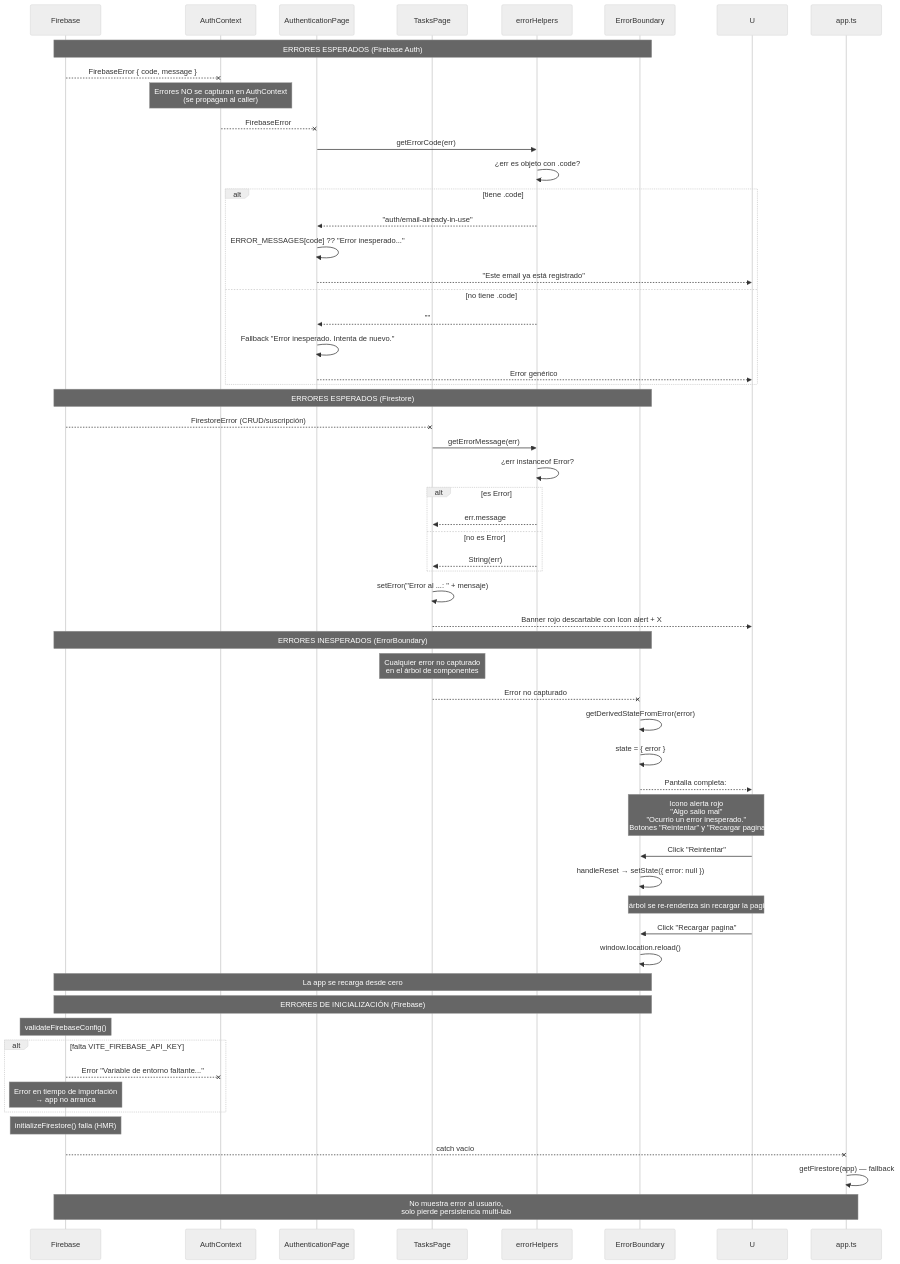
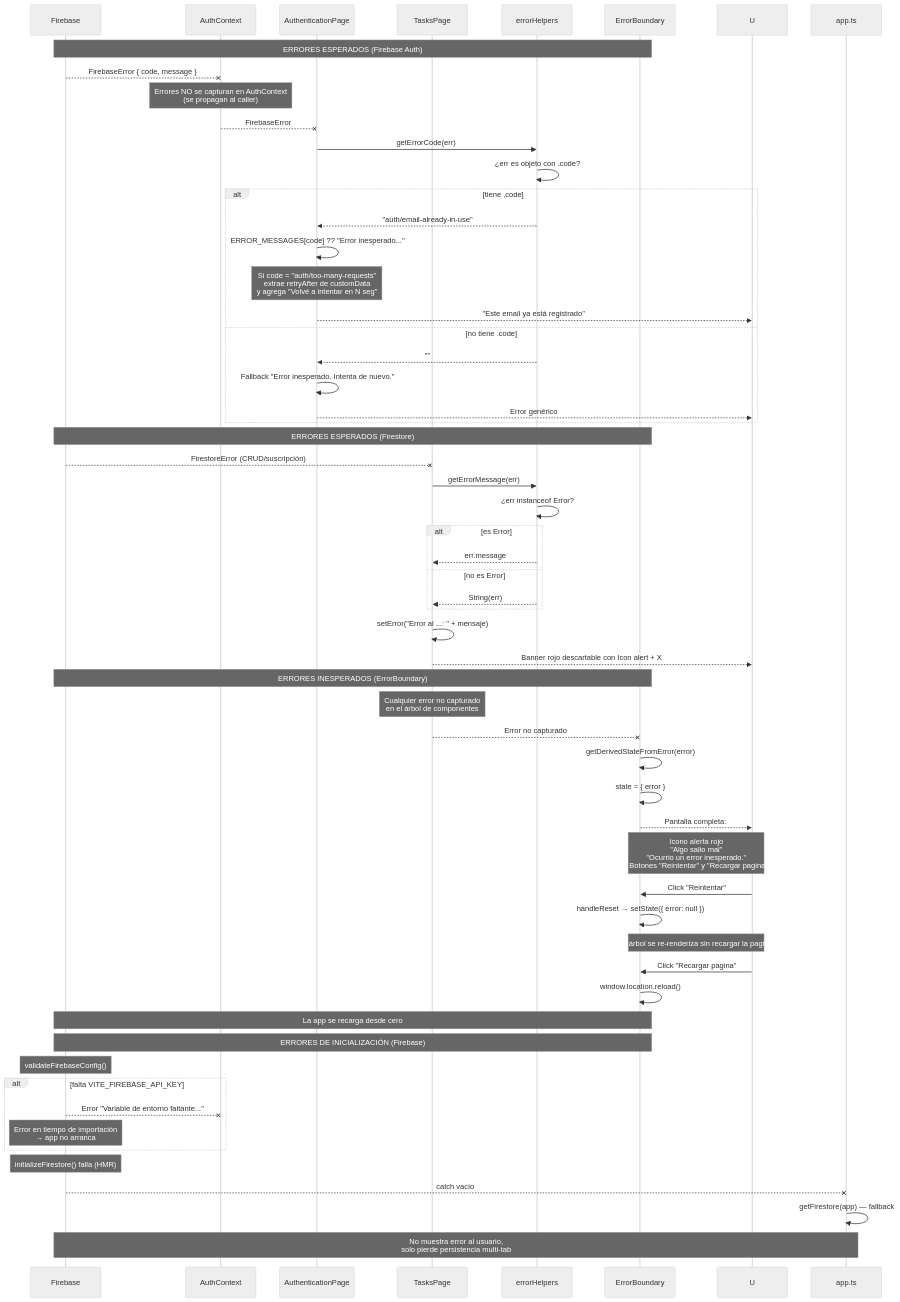
Before and after one commit to AlejoBI/task-manager: the fourth of 4 diagrams in docs/arquitectura.md, drawn with Mermaid (neutral theme). The commit also changed other lines of this file and 1 other file, not shown here.

Commit message:
Complete diagram sync: overdue feature + rate-limit in all diagrams

````diff
--- a/docs/arquitectura.md
+++ b/docs/arquitectura.md
@@ -260,67 +263,68 @@
 ```mermaid
 sequenceDiagram
   participant FA as Firebase
   participant AC as AuthContext
   participant AP as AuthenticationPage
   participant TP as TasksPage
   participant FH as errorHelpers
   participant EB as ErrorBoundary
 
   Note over FA,EB: ERRORES ESPERADOS (Firebase Auth)
 
   FA--xAC: FirebaseError { code, message }
   Note over AC: Errores NO se capturan en AuthContext<br/>(se propagan al caller)
   AC--xAP: FirebaseError
   AP->>FH: getErrorCode(err)
   FH->>FH: ¿err es objeto con .code?
   alt tiene .code
     FH-->>AP: "auth/email-already-in-use"
-    AP->>AP: ERROR_MESSAGES[code] ?? "Error inesperado..."
-    AP-->>U: "Este email ya está registrado"
+  AP->>AP: ERROR_MESSAGES[code] ?? "Error inesperado..."
+  Note over AP: Si code = "auth/too-many-requests"<br/>extrae retryAfter de customData<br/>y agrega "Volvé a intentar en N seg"
+  AP-->>U: "Este email ya está registrado"
   else no tiene .code
     FH-->>AP: ""
     AP->>AP: Fallback "Error inesperado. Intenta de nuevo."
     AP-->>U: Error genérico
   end
 
   Note over FA,EB: ERRORES ESPERADOS (Firestore)
 
   FA--xTP: FirestoreError (CRUD/suscripción)
   TP->>FH: getErrorMessage(err)
   FH->>FH: ¿err instanceof Error?
   alt es Error
     FH-->>TP: err.message
   else no es Error
     FH-->>TP: String(err)
   end
   TP->>TP: setError("Error al ...: " + mensaje)
   TP-->>U: Banner rojo descartable con Icon alert + X
 
   Note over FA,EB: ERRORES INESPERADOS (ErrorBoundary)
 
   Note over TP: Cualquier error no capturado<br/>en el árbol de componentes
   TP--xEB: Error no capturado
   EB->>EB: getDerivedStateFromError(error)
   EB->>EB: state = { error }
   EB-->>U: Pantalla completa:
   Note over EB,U: Icono alerta rojo<br/>"Algo salio mal"<br/>"Ocurrio un error inesperado."<br/>- Botones "Reintentar" y "Recargar pagina"
   U->>EB: Click "Reintentar"
   EB->>EB: handleReset → setState({ error: null })
   Note over EB,U: El árbol se re-renderiza sin recargar la pagina
   U->>EB: Click "Recargar pagina"
   EB->>EB: window.location.reload()
   Note over FA,EB: La app se recarga desde cero
 
   Note over FA,EB: ERRORES DE INICIALIZACIÓN (Firebase)
 
   Note over FA: validateFirebaseConfig()
   alt falta VITE_FIREBASE_API_KEY
     FA--xAC: Error "Variable de entorno faltante..."
     Note over FA: Error en tiempo de importación<br/>→ app no arranca
   end
 
   Note over FA: initializeFirestore() falla (HMR)
   FA--xapp.ts: catch vacío
   app.ts->>app.ts: getFirestore(app) — fallback
   Note over FA,app.ts: No muestra error al usuario,<br/>solo pierde persistencia multi-tab
 ```
````
